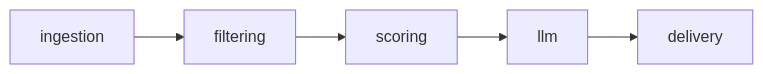
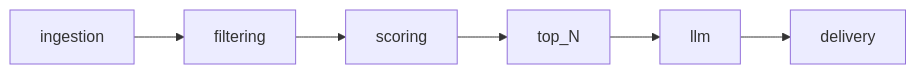
The diagram in project-docs/ARCHITECTURE.md (Anniegard/habr-tech-radar-bot), drawn with Mermaid before and after one commit. The commit also changed other lines of this file and 22 other files, not shown here.

````diff
--- a/project-docs/ARCHITECTURE.md
+++ b/project-docs/ARCHITECTURE.md
@@ -5,9 +5,10 @@
 ```mermaid
 flowchart LR
   ingest[ingestion]
   filt[filtering]
   score[scoring]
+  rank[top_N]
   llm[llm]
   del[delivery]
-  ingest --> filt --> score --> llm --> del
+  ingest --> filt --> score --> rank --> llm --> del
 ```
````
